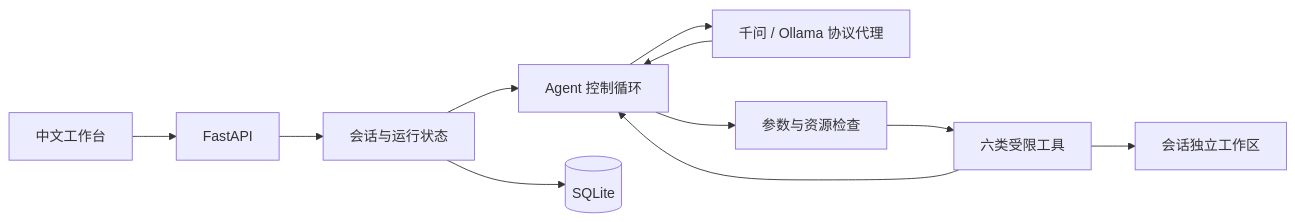
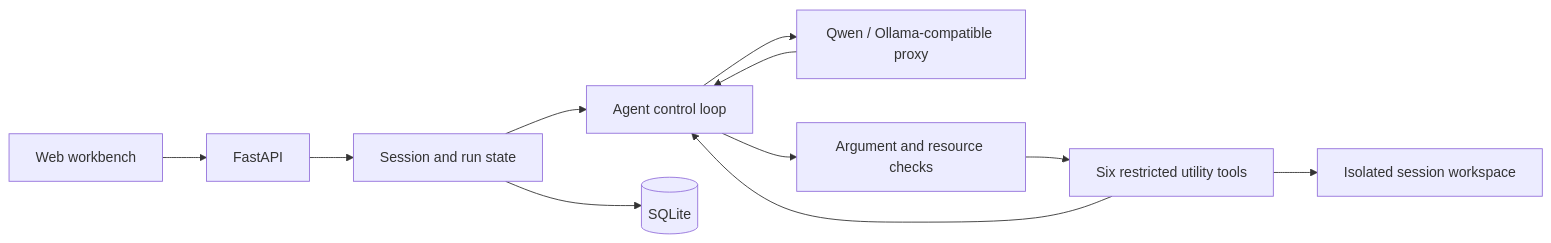
Before and after one commit to lemonral/gsca: the diagram in README.md, drawn with Mermaid. The commit also changed other lines of this file and 15 other files, not shown here.

````diff
--- a/README.md
+++ b/README.md
@@ -46,13 +46,13 @@
 ```mermaid
 flowchart LR
-  UI[中文工作台] --> API[FastAPI]
-  API --> State[会话与运行状态]
-  State --> Agent[Agent 控制循环]
-  Agent --> Model[千问 / Ollama 协议代理]
+  UI[Web workbench] --> API[FastAPI]
+  API --> State[Session and run state]
+  State --> Agent[Agent control loop]
+  Agent --> Model[Qwen / Ollama-compatible proxy]
   Model --> Agent
-  Agent --> Check[参数与资源检查]
-  Check --> Tools[六类受限工具]
+  Agent --> Check[Argument and resource checks]
+  Check --> Tools[Six restricted utility tools]
   Tools --> Agent
   State --> DB[(SQLite)]
-  Tools --> Files[会话独立工作区]
+  Tools --> Files[Isolated session workspace]
 ```
````
